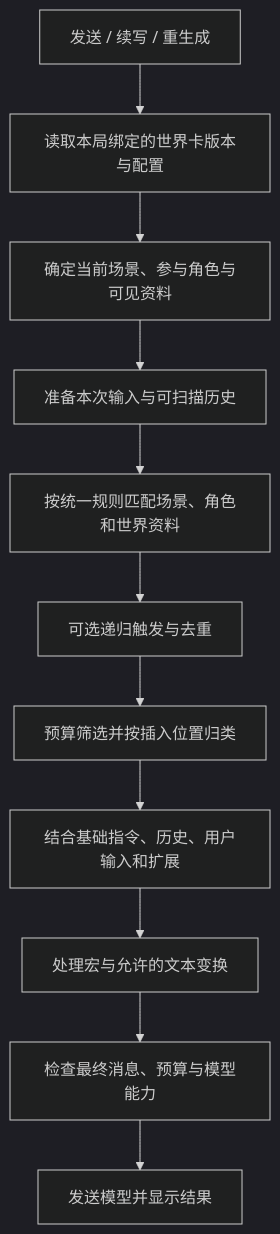
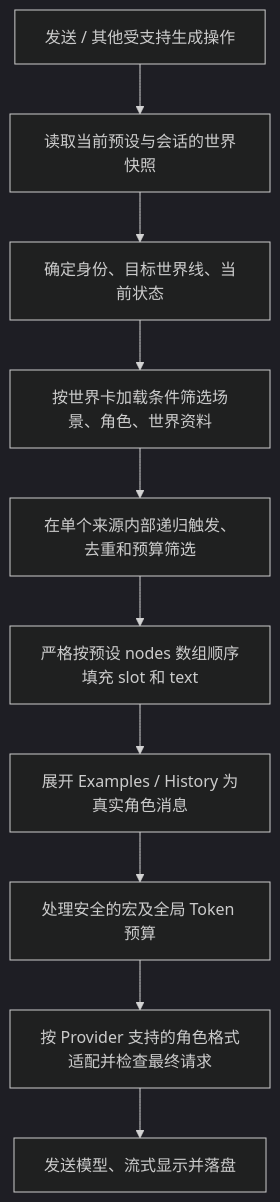
One commit to huiru-wang/SillyRealms changed the first of 2 diagrams in docs/design/context.md. Above: the diagram before and after it, drawn with Mermaid (dark theme). The commit also changed other lines of this file and 16 other files, not shown here.

````diff
--- a/docs/design/context.md
+++ b/docs/design/context.md
@@ -67,13 +66,12 @@
 ```mermaid
 flowchart TD
-    A[发送 / 续写 / 重生成] --> B[读取本局绑定的世界卡版本与配置]
-    B --> C[确定当前场景、参与角色与可见资料]
-    C --> D[准备本次输入与可扫描历史]
-    D --> E[按统一规则匹配场景、角色和世界资料]
-    E --> F[可选递归触发与去重]
-    F --> G[预算筛选并按插入位置归类]
-    G --> H[结合基础指令、历史、用户输入和扩展]
-    H --> I[处理宏与允许的文本变换]
-    I --> J[检查最终消息、预算与模型能力]
-    J --> K[发送模型并显示结果]
+    A[发送 / 其他受支持生成操作] --> B[读取当前预设与会话的世界快照]
+    B --> C[确定身份、目标世界线、当前状态]
+    C --> D[按世界卡加载条件筛选场景、角色、世界资料]
+    D --> E[在单个来源内部递归触发、去重和预算筛选]
+    E --> F[严格按预设 nodes 数组顺序填充 slot 和 text]
+    F --> G[展开 Examples / History 为真实角色消息]
+    G --> H[处理安全的宏及全局 Token 预算]
+    H --> I[按 Provider 支持的角色格式适配并检查最终请求]
+    I --> J[发送模型、流式显示并落盘]
 ```
````
